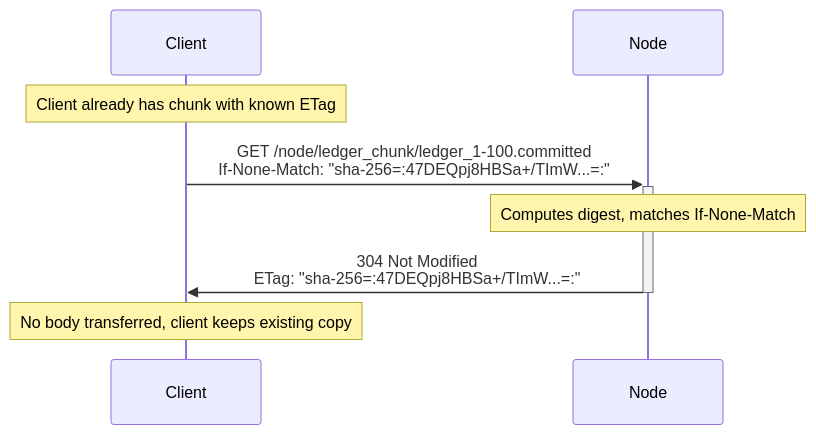
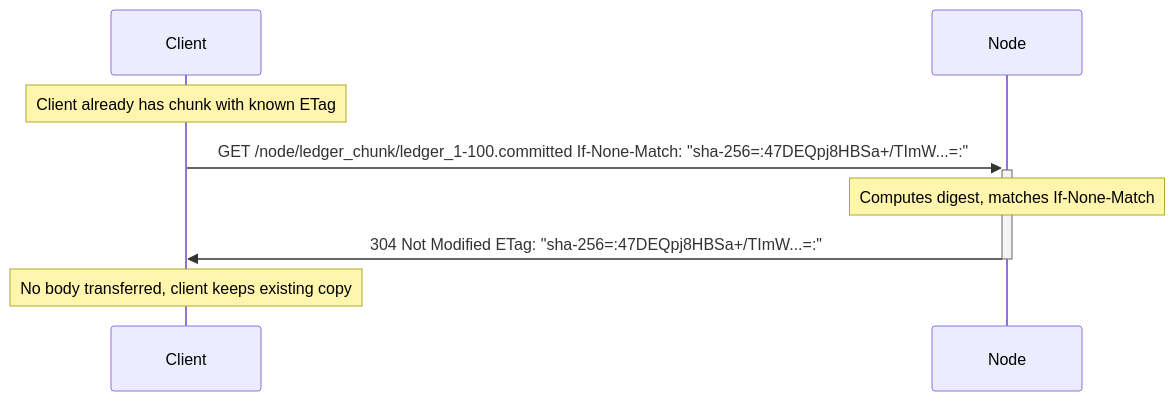
One commit to microsoft/CCF changed the third of 5 diagrams in doc/operations/ledger_snapshot.rst. Above: the diagram before and after it, drawn with Mermaid. The commit also changed other lines of this file and 10 other files, not shown here.

First line of the commit message:
Refine documentation icons and diagram presentation

```diff
--- a/doc/operations/ledger_snapshot.rst
+++ b/doc/operations/ledger_snapshot.rst
@@ -186,8 +186,8 @@
 .. mermaid::
 
     sequenceDiagram
         Note over Client: Client already has chunk with known ETag
-        Client->>+Node: GET /node/ledger_chunk/ledger_1-100.committed<br/>If-None-Match: "sha-256=:47DEQpj8HBSa+/TImW...=:"
+        Client->>+Node: GET /node/ledger_chunk/ledger_1-100.committed If-None-Match: "sha-256=:47DEQpj8HBSa+/TImW...=:"
         Note over Node: Computes digest, matches If-None-Match
-        Node->>-Client: 304 Not Modified<br/>ETag: "sha-256=:47DEQpj8HBSa+/TImW...=:"
+        Node->>-Client: 304 Not Modified ETag: "sha-256=:47DEQpj8HBSa+/TImW...=:"
         Note over Client: No body transferred, client keeps existing copy
```
